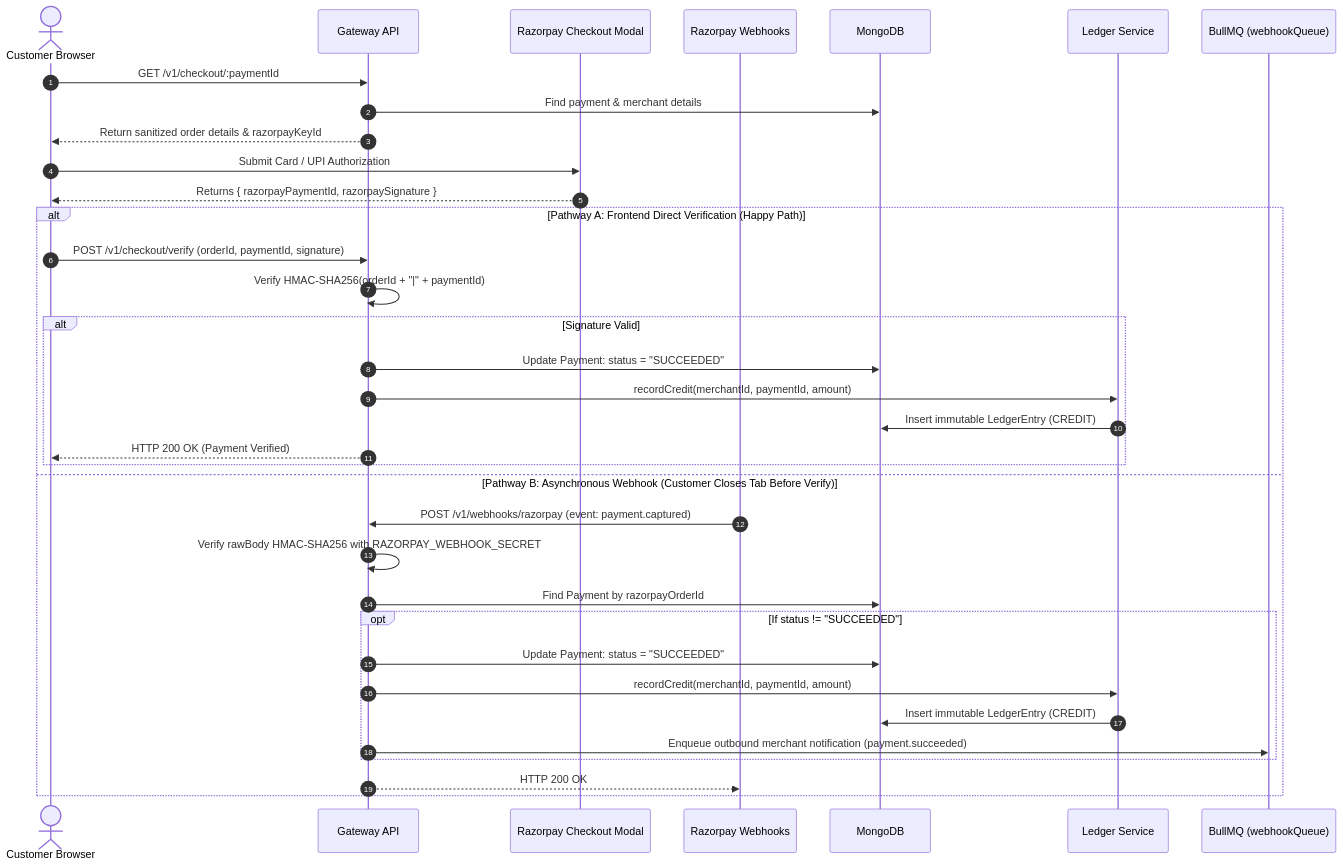
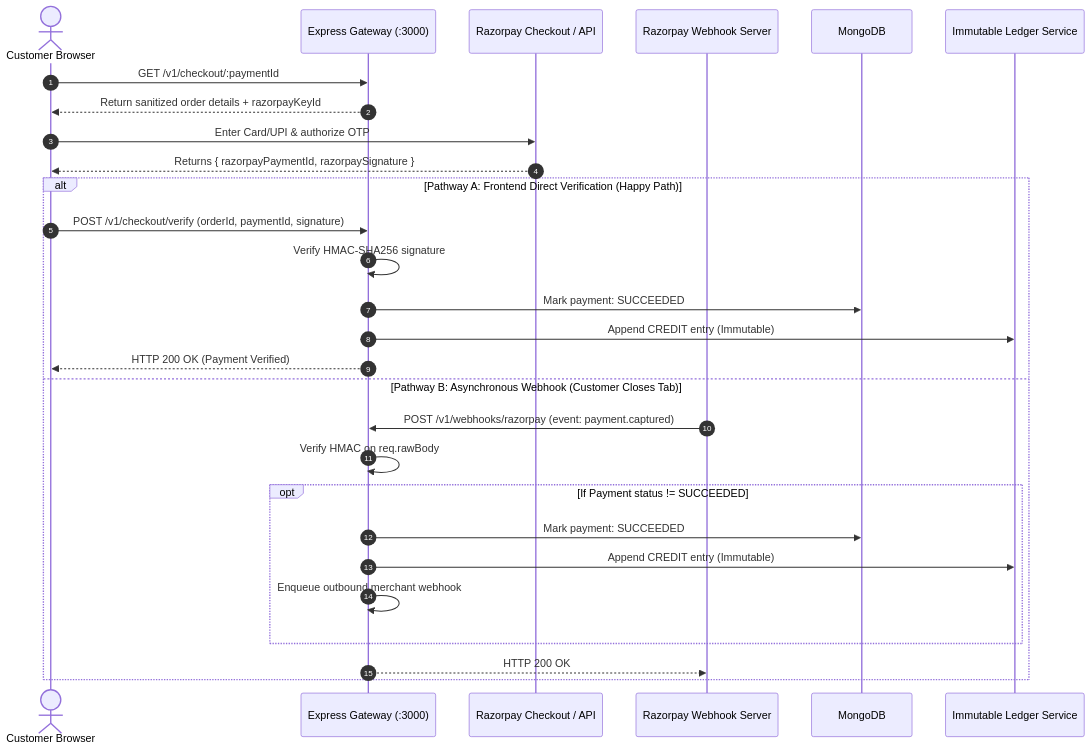
The second of 2 diagrams in ARCHITECTURE.md (buildwithrishabh/Event-Driven-Payment-Gateway), drawn with Mermaid before and after one commit. The commit also changed other lines of this file, not shown here.

Commit message:
docs: redesign ARCHITECTURE.md with streamlined flow and diagrams

````diff
--- a/ARCHITECTURE.md
+++ b/ARCHITECTURE.md
@@ -228,40 +140,32 @@
 ```mermaid
 sequenceDiagram
     autonumber
     actor Customer as Customer Browser
-    participant API as Gateway API
-    participant RazorpaySDK as Razorpay Checkout Modal
-    participant RazorpayHook as Razorpay Webhooks
+    participant Gateway as Express Gateway (:3000)
+    participant Razorpay as Razorpay Checkout / API
+    participant RazorpayHook as Razorpay Webhook Server
     participant Mongo as MongoDB
-    participant Ledger as Ledger Service
-    participant Queue as BullMQ (webhookQueue)
+    participant Ledger as Immutable Ledger Service
 
-    Customer->>API: GET /v1/checkout/:paymentId
-    API->>Mongo: Find payment & merchant details
-    API-->>Customer: Return sanitized order details & razorpayKeyId
-
-    Customer->>RazorpaySDK: Submit Card / UPI Authorization
-    RazorpaySDK-->>Customer: Returns { razorpayPaymentId, razorpaySignature }
+    Customer->>Gateway: GET /v1/checkout/:paymentId
+    Gateway-->>Customer: Return sanitized order details + razorpayKeyId
+    Customer->>Razorpay: Enter Card/UPI & authorize OTP
+    Razorpay-->>Customer: Returns { razorpayPaymentId, razorpaySignature }
 
     alt Pathway A: Frontend Direct Verification (Happy Path)
-        Customer->>API: POST /v1/checkout/verify (orderId, paymentId, signature)
-        API->>API: Verify HMAC-SHA256(orderId + "|" + paymentId)
-        alt Signature Valid
-            API->>Mongo: Update Payment: status = "SUCCEEDED"
-            API->>Ledger: recordCredit(merchantId, paymentId, amount)
-            Ledger->>Mongo: Insert immutable LedgerEntry (CREDIT)
-            API-->>Customer: HTTP 200 OK (Payment Verified)
+        Customer->>Gateway: POST /v1/checkout/verify (orderId, paymentId, signature)
+        Gateway->>Gateway: Verify HMAC-SHA256 signature
+        Gateway->>Mongo: Mark payment: SUCCEEDED
+        Gateway->>Ledger: Append CREDIT entry (Immutable)
+        Gateway-->>Customer: HTTP 200 OK (Payment Verified)
+    else Pathway B: Asynchronous Webhook (Customer Closes Tab)
+        RazorpayHook->>Gateway: POST /v1/webhooks/razorpay (event: payment.captured)
+        Gateway->>Gateway: Verify HMAC on req.rawBody
+        opt If Payment status != SUCCEEDED
+            Gateway->>Mongo: Mark payment: SUCCEEDED
+            Gateway->>Ledger: Append CREDIT entry (Immutable)
+            Gateway->>Gateway: Enqueue outbound merchant webhook
         end
-    else Pathway B: Asynchronous Webhook (Customer Closes Tab Before Verify)
-        RazorpayHook->>API: POST /v1/webhooks/razorpay (event: payment.captured)
-        API->>API: Verify rawBody HMAC-SHA256 with RAZORPAY_WEBHOOK_SECRET
-        API->>Mongo: Find Payment by razorpayOrderId
-        opt If status != "SUCCEEDED"
-            API->>Mongo: Update Payment: status = "SUCCEEDED"
-            API->>Ledger: recordCredit(merchantId, paymentId, amount)
-            Ledger->>Mongo: Insert immutable LedgerEntry (CREDIT)
-            API->>Queue: Enqueue outbound merchant notification (payment.succeeded)
-        end
-        API-->>RazorpayHook: HTTP 200 OK
+        Gateway-->>RazorpayHook: HTTP 200 OK
     end
 ```
````
